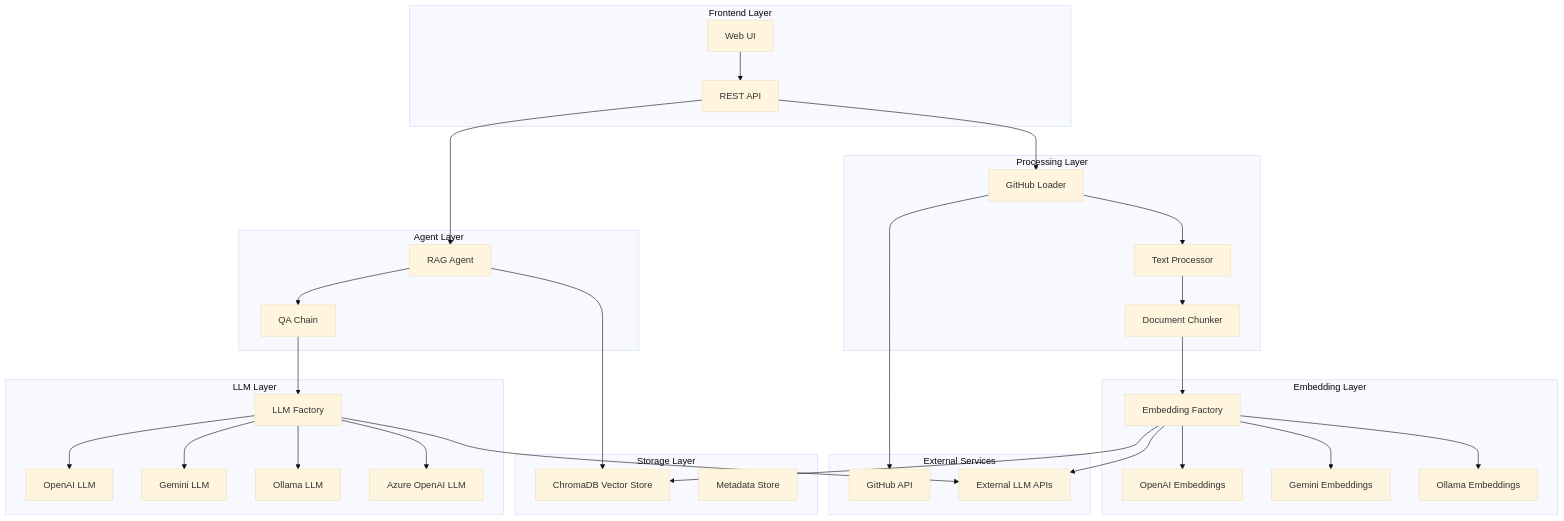
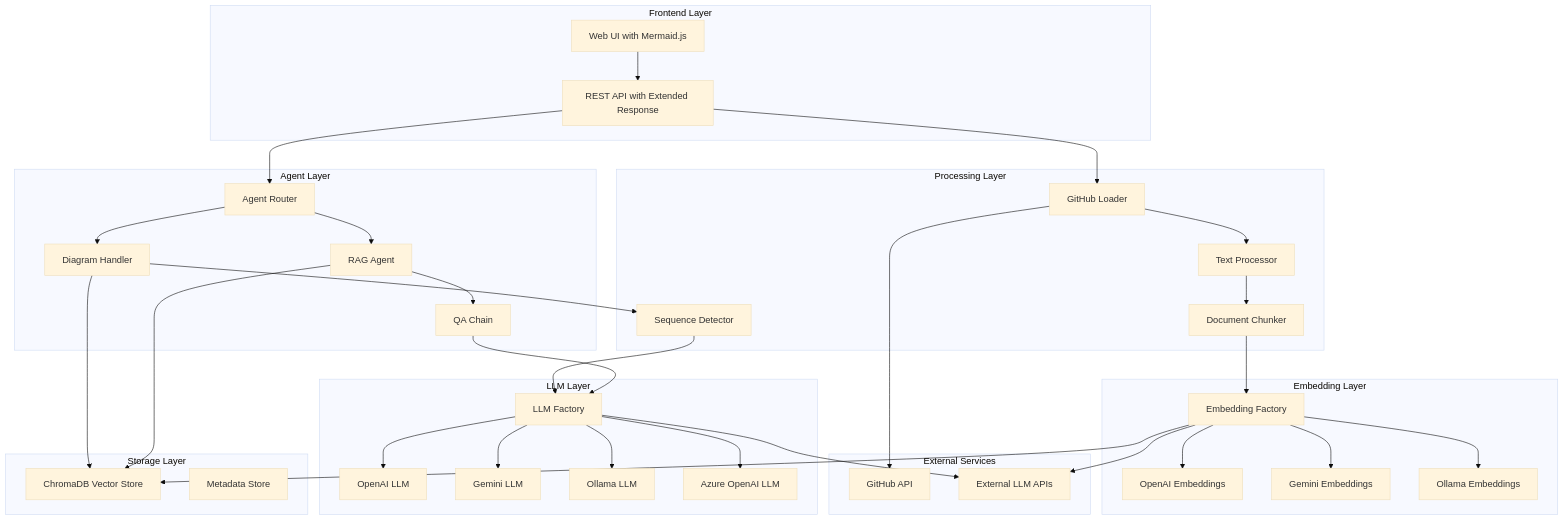
Before and after one commit to anhhai680/knowledge-base-agent: the first of 2 diagrams in memory-bank/systemPatterns.md, drawn with Mermaid (base theme). The commit also changed other lines of this file and 5 other files, not shown here.

Commit message:
feat: Complete implementation of Multi-Repository Sequence Diagram Visualization with intelligent agent routing and Mermaid.js integration

````diff
--- a/memory-bank/systemPatterns.md
+++ b/memory-bank/systemPatterns.md
@@ -7,66 +7,74 @@
 ```mermaid
 flowchart TD
     subgraph "Frontend Layer"
-        UI[Web UI] 
-        API[REST API]
+        UI[Web UI with Mermaid.js] 
+        API[REST API with Extended Response]
     end
     
     subgraph "Agent Layer"
+        Router[Agent Router]
         RAG[RAG Agent]
+        Diagram[Diagram Handler]
         QA[QA Chain]
     end
     
     subgraph "Processing Layer"
         Loader[GitHub Loader]
         Processor[Text Processor]
         Chunker[Document Chunker]
+        Detector[Sequence Detector]
     end
     
     subgraph "LLM Layer"
         LLMFactory[LLM Factory]
         OpenAI[OpenAI LLM]
         Gemini[Gemini LLM]
         Ollama[Ollama LLM]
         Azure[Azure OpenAI LLM]
     end
     
     subgraph "Embedding Layer"
         EmbedFactory[Embedding Factory]
         OpenAIEmbed[OpenAI Embeddings]
         GeminiEmbed[Gemini Embeddings]
         OllamaEmbed[Ollama Embeddings]
     end
     
     subgraph "Storage Layer"
         Vector[ChromaDB Vector Store]
         Metadata[Metadata Store]
     end
     
     subgraph "External Services"
         GitHub[GitHub API]
         Models[External LLM APIs]
     end
     
     UI --> API
-    API --> RAG
+    API --> Router
+    Router --> RAG
+    Router --> Diagram
     RAG --> QA
     RAG --> Vector
+    Diagram --> Detector
+    Diagram --> Vector
     QA --> LLMFactory
+    Detector --> LLMFactory
     LLMFactory --> OpenAI
     LLMFactory --> Gemini
     LLMFactory --> Ollama
     LLMFactory --> Azure
     
     API --> Loader
     Loader --> GitHub
     Loader --> Processor
     Processor --> Chunker
     Chunker --> EmbedFactory
     EmbedFactory --> OpenAIEmbed
     EmbedFactory --> GeminiEmbed
     EmbedFactory --> OllamaEmbed
     EmbedFactory --> Vector
     
     LLMFactory --> Models
     EmbedFactory --> Models
 ```
````
